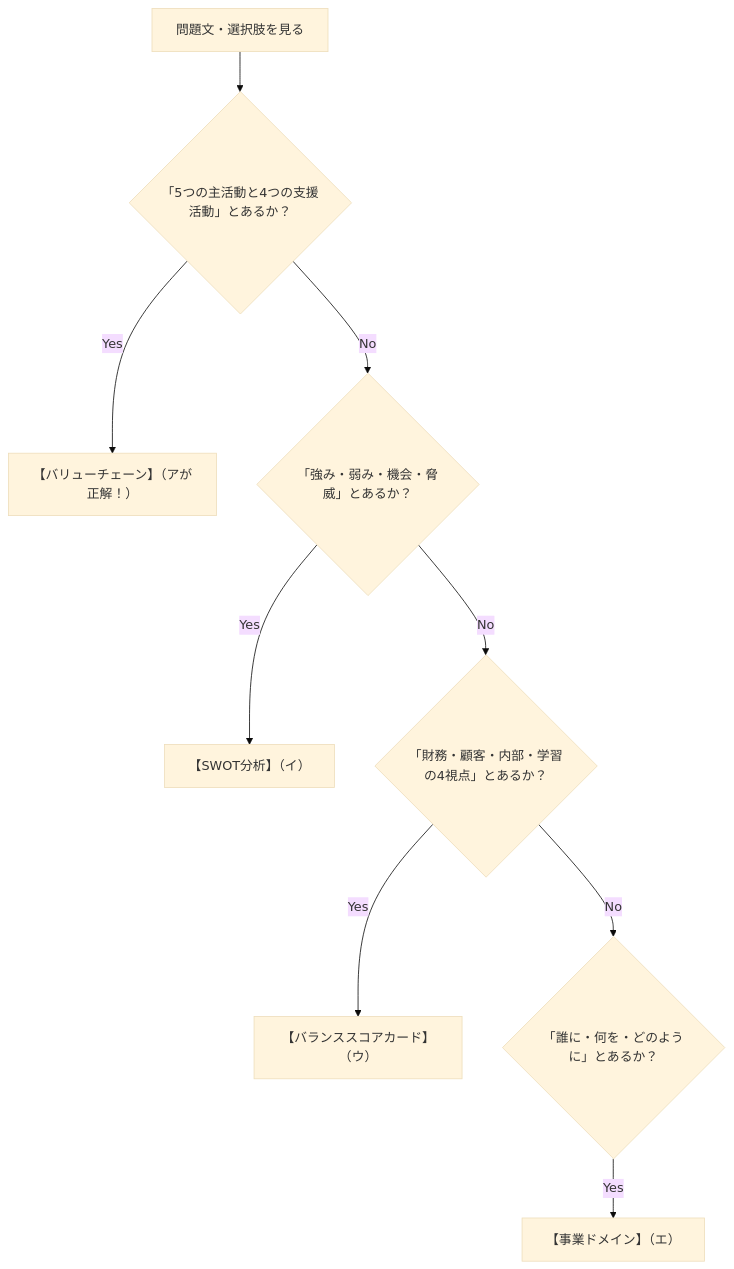
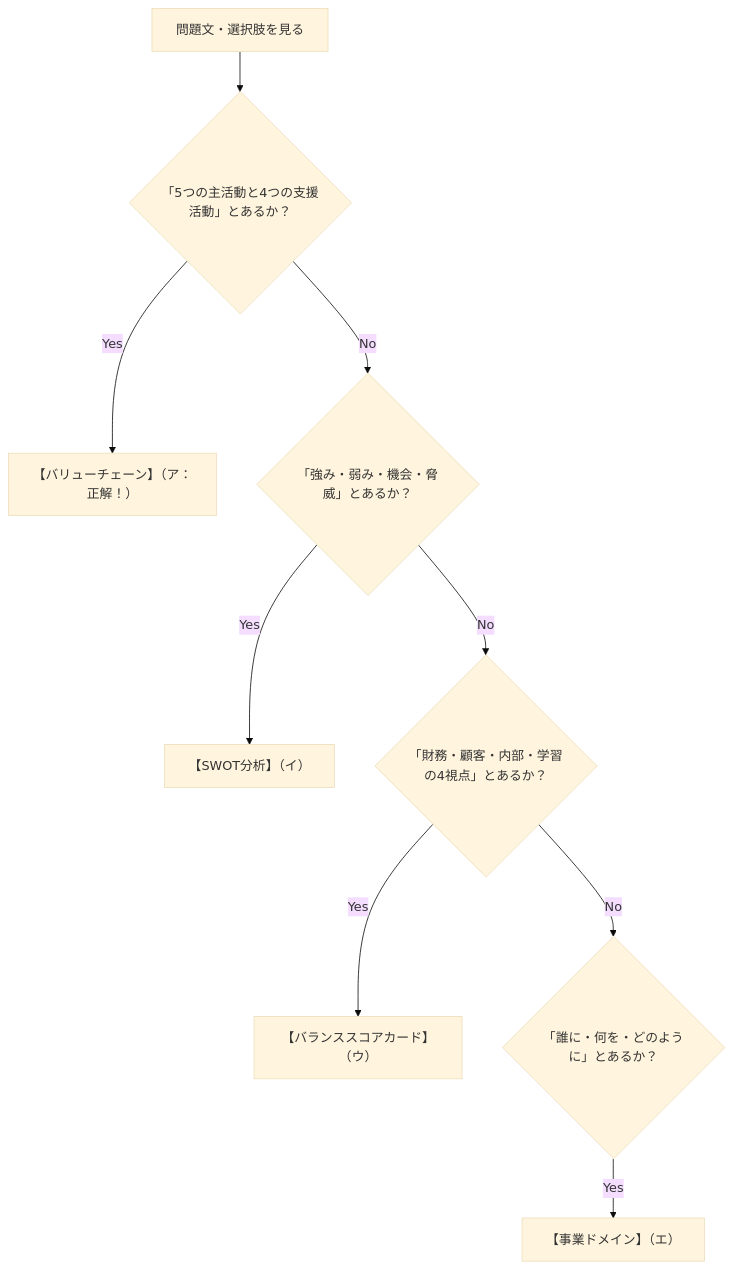
Before and after one commit to h4npen/AP-MindMap-Anki: the diagram in docs/inbox/19_経営戦略マネジメント/strategy-value-chain-frameworks.md, drawn with Mermaid (base theme). The commit also changed other lines of this file and 33 other files, not shown here.

````diff
--- a/docs/inbox/19_経営戦略マネジメント/strategy-value-chain-frameworks.md
+++ b/docs/inbox/19_経営戦略マネジメント/strategy-value-chain-frameworks.md
@@ -49,12 +68,12 @@
 ```mermaid
 flowchart TD
     Q[問題文・選択肢を見る]
     Q --> S1{"「5つの主活動と4つの支援活動」とあるか？"}
-    S1 -- Yes --> A1["【バリューチェーン】（アが正解！）"]
+    S1 -- Yes --> A1["【バリューチェーン】（ア：正解！）"]
     S1 -- No --> S2{"「強み・弱み・機会・脅威」とあるか？"}
     S2 -- Yes --> A2["【SWOT分析】（イ）"]
     S2 -- No --> S3{"「財務・顧客・内部・学習の4視点」とあるか？"}
     S3 -- Yes --> A3["【バランススコアカード】（ウ）"]
     S3 -- No --> S4{"「誰に・何を・どのように」とあるか？"}
     S4 -- Yes --> A4["【事業ドメイン】（エ）"]
 ```
````
